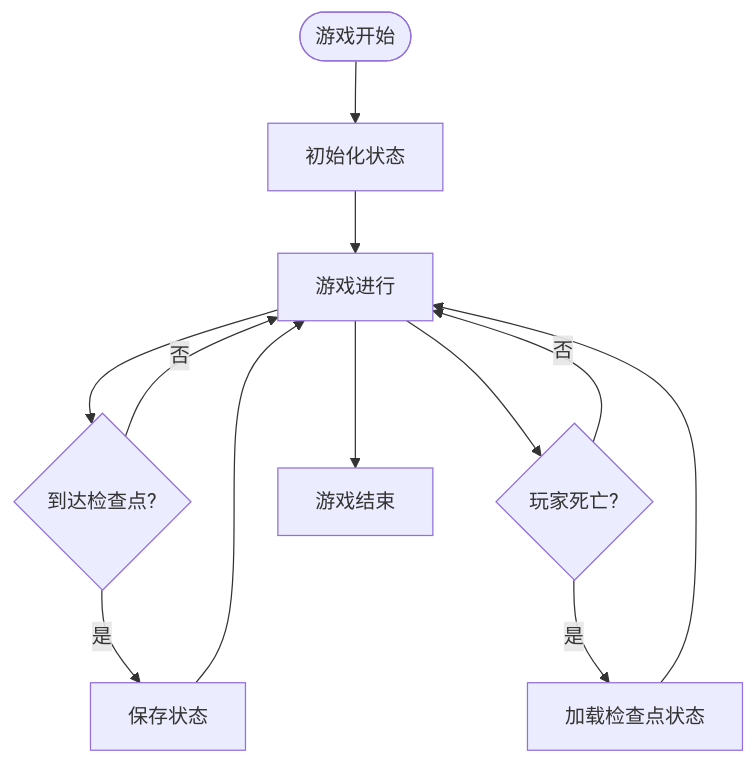
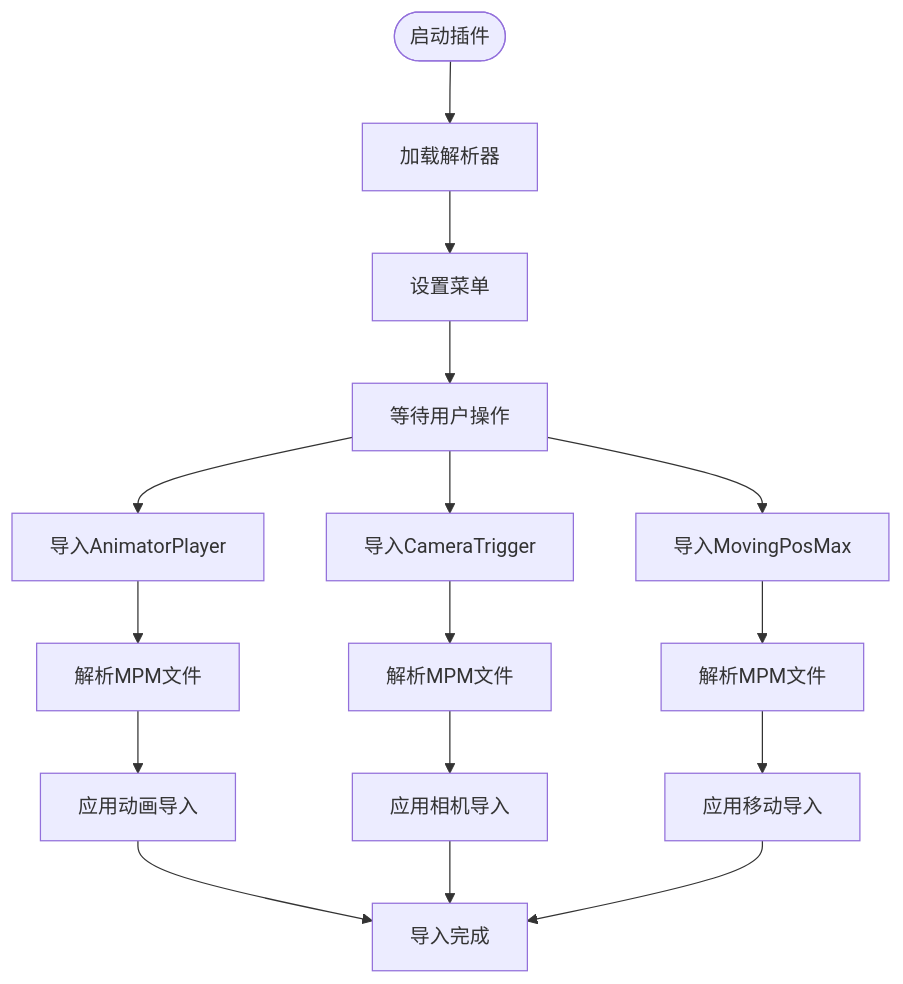
Before and after one commit to godotline/godot-line: the third of 5 diagrams in .qoder/repowiki/zh/content/开发工具/SaveKit保存系统.md, drawn with Mermaid. The commit also changed other lines of this file and 44 other files, not shown here.

````diff
--- a/.qoder/repowiki/zh/content/开发工具/SaveKit保存系统.md
+++ b/.qoder/repowiki/zh/content/开发工具/SaveKit保存系统.md
@@ -82,14 +147,18 @@
 ```mermaid
 flowchart TD
-Start([游戏开始]) --> Init[初始化状态]
-Init --> Play[游戏进行]
-Play --> Checkpoint{到达检查点?}
-Checkpoint --> |是| SaveState[保存状态]
-Checkpoint --> |否| Play
-SaveState --> Play
-Play --> Die{玩家死亡?}
-Die --> |是| LoadState[加载检查点状态]
-Die --> |否| Play
-LoadState --> Play
-Play --> End[游戏结束]
+Start([启动插件]) --> Load[加载解析器]
+Load --> Setup[设置菜单]
+Setup --> Wait[等待用户操作]
+Wait --> ImportAnim[导入AnimatorPlayer]
+Wait --> ImportCam[导入CameraTrigger]
+Wait --> ImportMove[导入MovingPosMax]
+ImportAnim --> ParseAnim[解析MPM文件]
+ImportCam --> ParseCam[解析MPM文件]
+ImportMove --> ParseMove[解析MPM文件]
+ParseAnim --> ApplyAnim[应用动画导入]
+ParseCam --> ApplyCam[应用相机导入]
+ParseMove --> ApplyMove[应用移动导入]
+ApplyAnim --> Done[导入完成]
+ApplyCam --> Done
+ApplyMove --> Done
 ```
````
